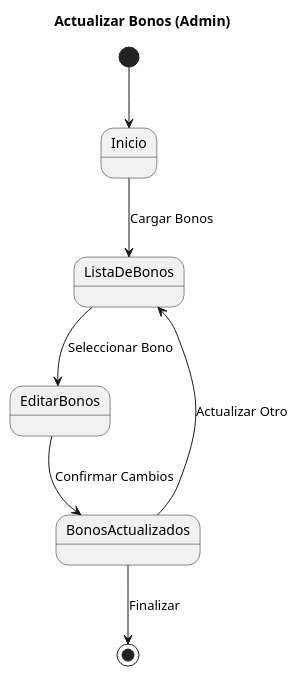
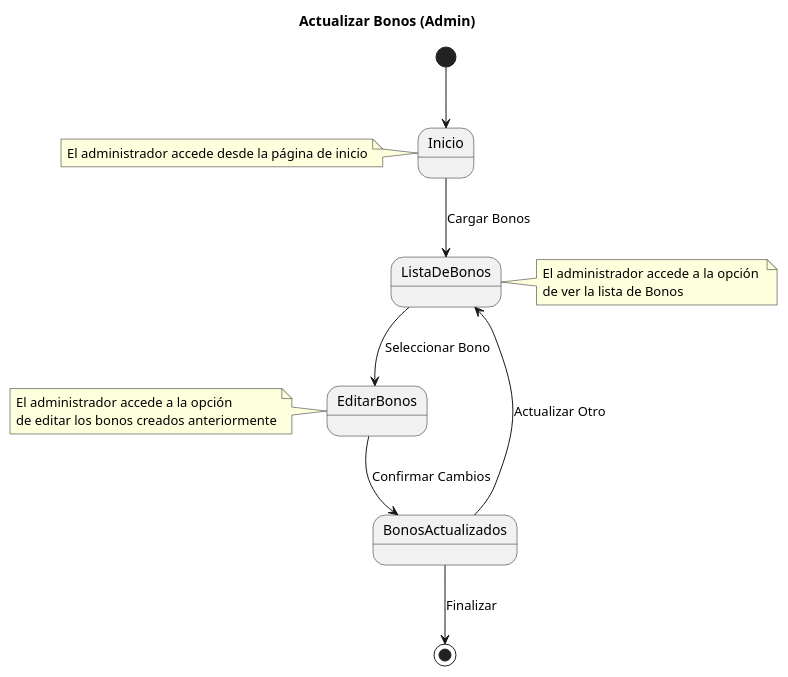
Before and after one commit to pablarce/23-24-IdSw1-SDR: the diagram in CasosDeUso/CduDetallados/CduBonos/ActualizarBonos.puml, drawn with PlantUML. The commit also changed 7 other files, not shown here.

Commit message:
Comentarios agregados a los casos de uso de Bonos

```diff
--- a/CasosDeUso/CduDetallados/CduBonos/ActualizarBonos.puml
+++ b/CasosDeUso/CduDetallados/CduBonos/ActualizarBonos.puml
@@ -1,11 +1,29 @@
 @startuml
 title Actualizar Bonos (Admin)
 
+
+
 [*] --> Inicio
+note left of Inicio
+ El administrador accede desde la página de inicio
+endnote
+
 Inicio --> ListaDeBonos : Cargar Bonos
+
 ListaDeBonos --> EditarBonos : Seleccionar Bono
+note right of ListaDeBonos 
+ El administrador accede a la opción 
+ de ver la lista de Bonos
+endnote
+
 EditarBonos --> BonosActualizados : Confirmar Cambios
+note left of EditarBonos 
+ El administrador accede a la opción 
+ de editar los bonos creados anteriormente
+endnote
+
+
 BonosActualizados --> ListaDeBonos : Actualizar Otro
 BonosActualizados --> [*] : Finalizar
 
 @enduml
```
